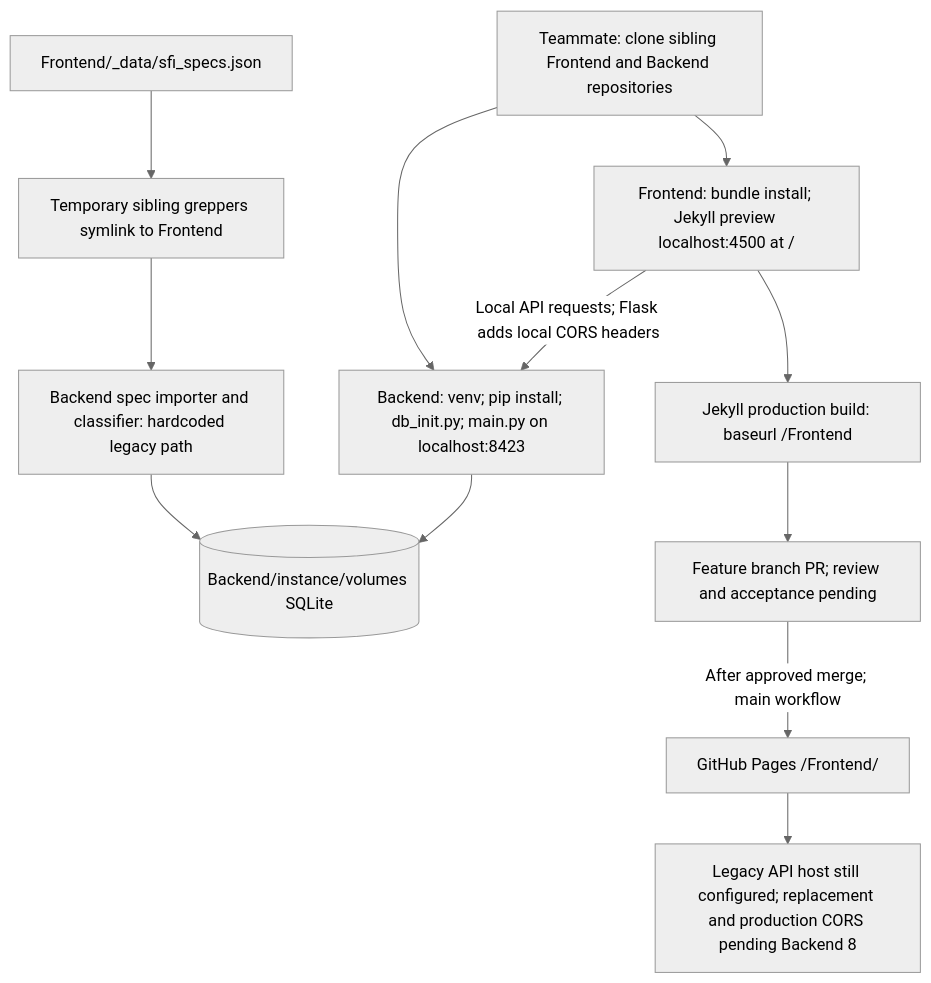
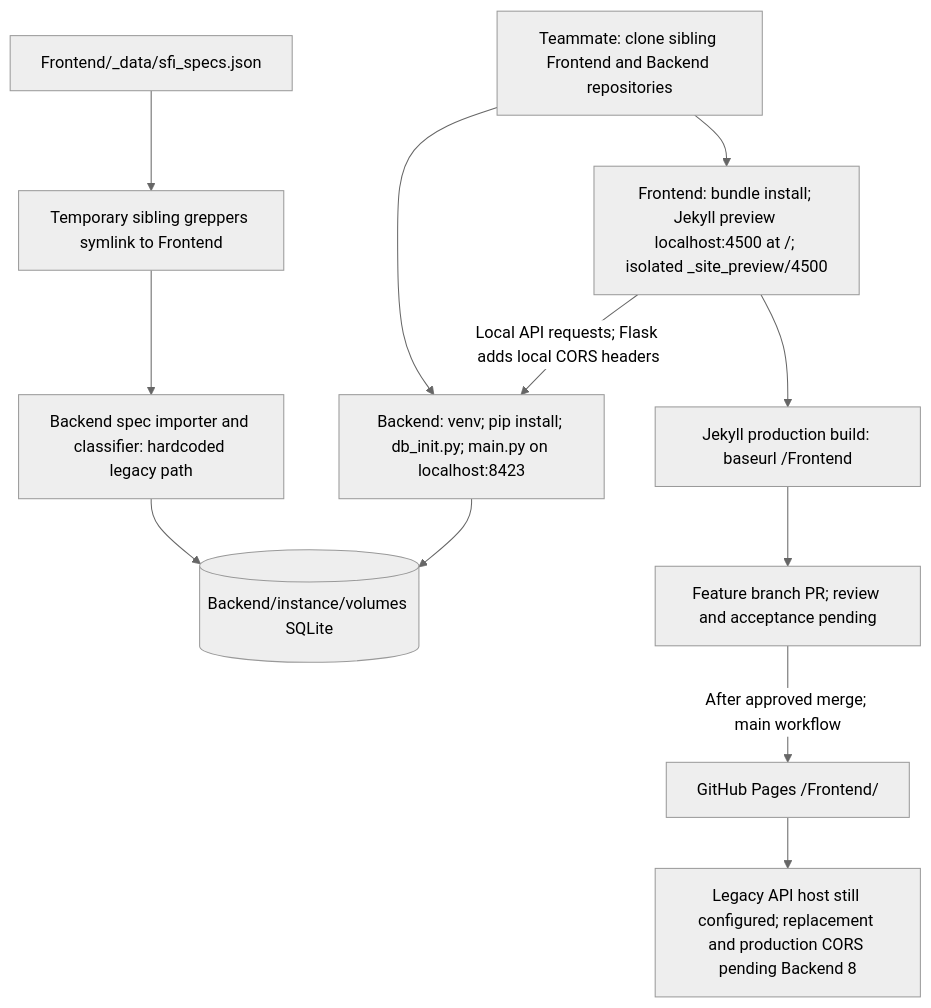
The diagram in _posts/capstone/2026-10-22-sfi-repo-setup.md (SFI-Foundation/Frontend), drawn with Mermaid (neutral theme) before and after one commit. The commit also changed other lines of this file and 5 other files, not shown here.

````diff
--- a/_posts/capstone/2026-10-22-sfi-repo-setup.md
+++ b/_posts/capstone/2026-10-22-sfi-repo-setup.md
@@ -26,14 +28,14 @@
 ```mermaid
 flowchart TD
-    DEV["Teammate: clone sibling Frontend and Backend repositories"] --> FE["Frontend: bundle install; Jekyll preview localhost:4500 at /"]
+    DEV["Teammate: clone sibling Frontend and Backend repositories"] --> FE["Frontend: bundle install; Jekyll preview localhost:4500 at /; isolated _site_preview/4500"]
     DEV --> BE["Backend: venv; pip install; db_init.py; main.py on localhost:8423"]
     JSON["Frontend/_data/sfi_specs.json"] --> ALIAS["Temporary sibling greppers symlink to Frontend"]
     ALIAS --> IMPORT["Backend spec importer and classifier: hardcoded legacy path"]
     IMPORT --> DB[("Backend/instance/volumes SQLite")]
     BE --> DB
     FE -->|"Local API requests; Flask adds local CORS headers"| BE
     FE --> BUILD["Jekyll production build: baseurl /Frontend"]
     BUILD --> PR["Feature branch PR; review and acceptance pending"]
     PR -->|"After approved merge; main workflow"| PAGES["GitHub Pages /Frontend/"]
     PAGES --> LEGACY["Legacy API host still configured; replacement and production CORS pending Backend 8"]
 ```
````
